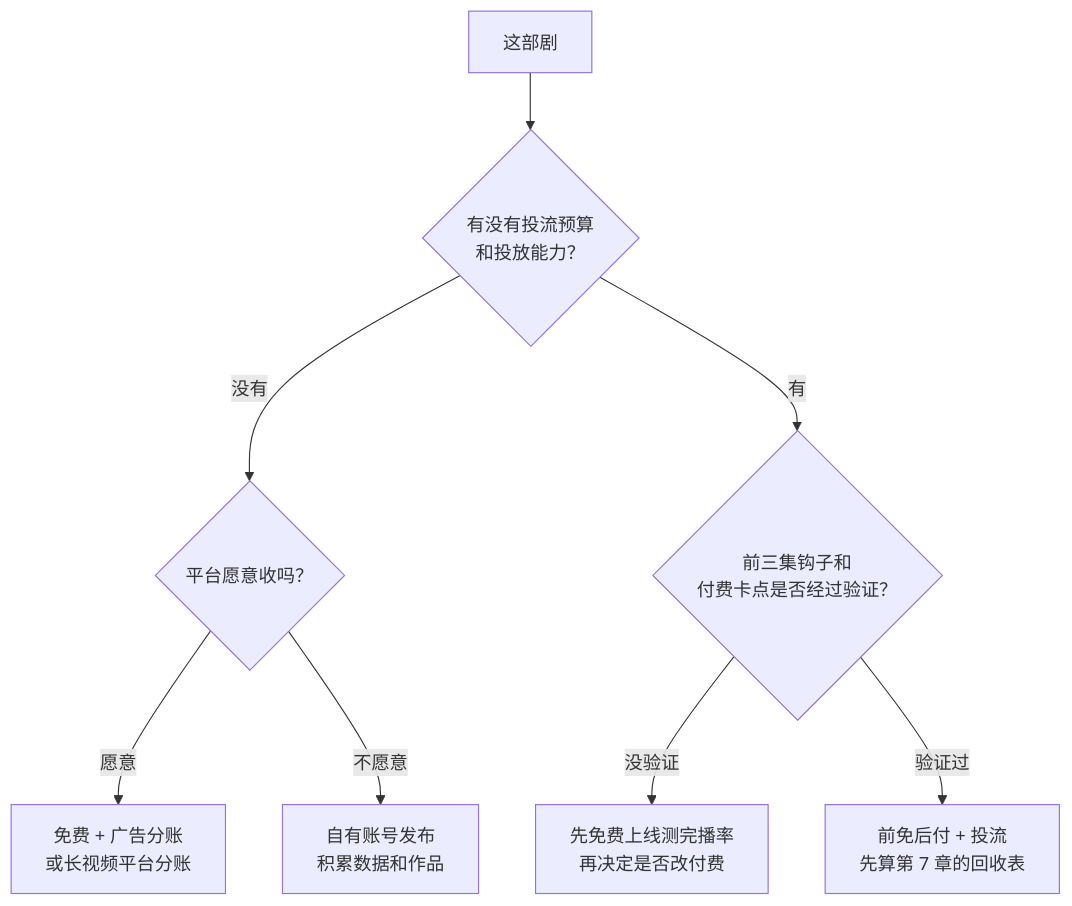
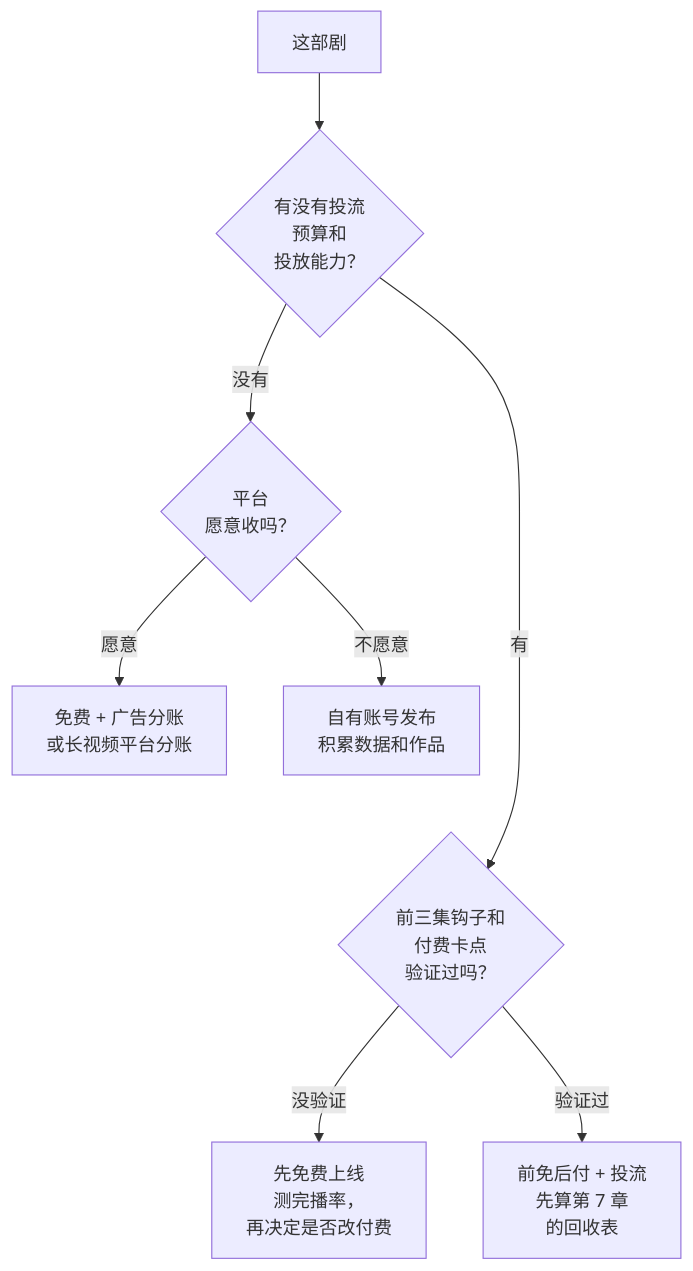
The second of 2 diagrams in books/drama-distribution/05-platform-launch.md (jarvis-pro/hatch-shelf), drawn with Mermaid before and after one commit. The commit also changed other lines of this file and 432 other files, not shown here.

````diff
--- a/books/drama-distribution/05-platform-launch.md
+++ b/books/drama-distribution/05-platform-launch.md
@@ -87,10 +87,11 @@
 ```mermaid
 flowchart TD
-  A["这部剧"] --> B{"有没有投流预算<br/>和投放能力？"}
-  B -- "没有" --> C{"平台愿意收吗？"}
+  A["这部剧"] --> B{"有没有投流<br/>预算和<br/>投放能力？"}
+  B -- "没有" --> C{"平台<br/>愿意收吗？"}
   C -- "愿意" --> D["免费 + 广告分账<br/>或长视频平台分账"]
   C -- "不愿意" --> E["自有账号发布<br/>积累数据和作品"]
-  B -- "有" --> F{"前三集钩子和<br/>付费卡点是否经过验证？"}
-  F -- "没验证" --> G["先免费上线测完播率<br/>再决定是否改付费"]
-  F -- "验证过" --> H["前免后付 + 投流<br/>先算第 7 章的回收表"]
+  B -- "有" --> F{"前三集钩子和<br/>付费卡点<br/>验证过吗？"}
+  F -- "没验证" --> G["先免费上线<br/>测完播率，<br/>再决定是否改付费"]
+  F -- "验证过" --> H["前免后付 + 投流<br/>先算第 7 章<br/>的回收表"]
+  E ~~~ F
 ```
````
